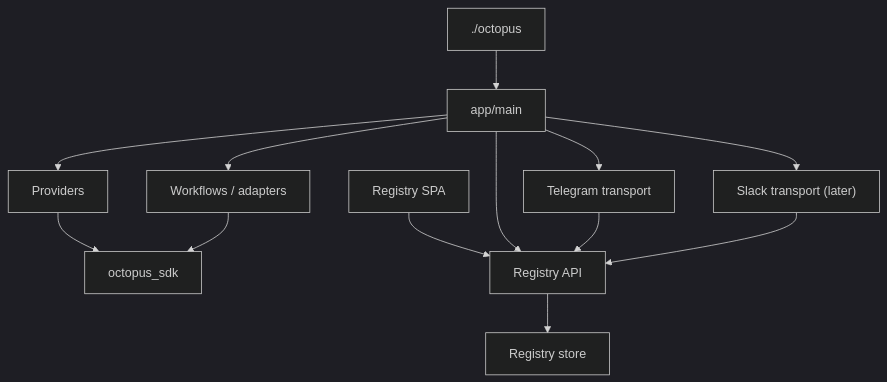
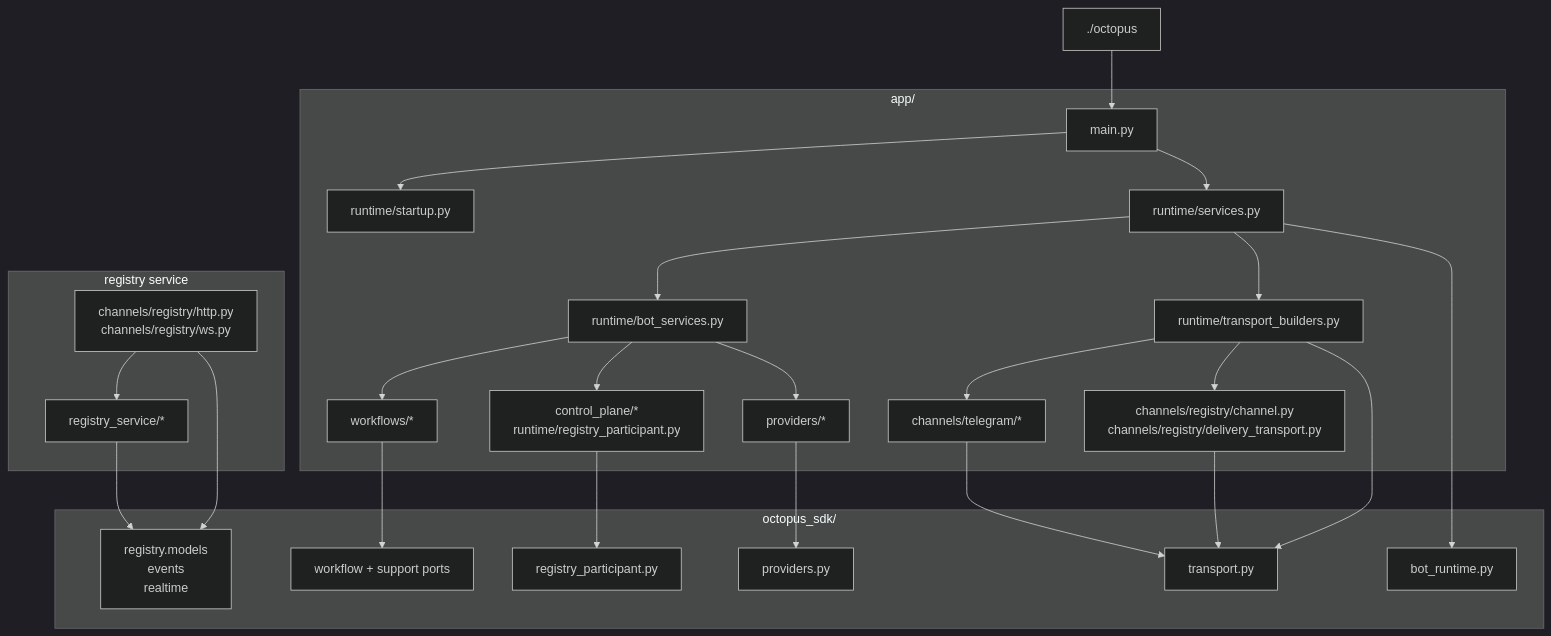
One commit to privacynow/octopus changed the second of 7 diagrams in ARCHITECTURE.md. Above: the diagram before and after it, drawn with Mermaid (dark theme). The commit also changed other lines of this file, not shown here.

````diff
--- a/ARCHITECTURE.md
+++ b/ARCHITECTURE.md
@@ -39,28 +41,52 @@
 ```mermaid
 flowchart TB
     CLI["./octopus"]
-    UI["Registry SPA"]
-    Main["app/main"]
-    Telegram["Telegram transport"]
-    Slack["Slack transport (later)"]
-    Providers["Providers"]
-    Workflows["Workflows / adapters"]
-    SDK["octopus_sdk"]
-    Api["Registry API"]
-    Store["Registry store"]
+
+    subgraph App["app/"]
+        Main["main.py"]
+        Startup["runtime/startup.py"]
+        Services["runtime/services.py"]
+        Builders["runtime/transport_builders.py"]
+        BotServices["runtime/bot_services.py"]
+        Telegram["channels/telegram/*"]
+        RegistryTransport["channels/registry/channel.py<br/>channels/registry/delivery_transport.py"]
+        Workflows["workflows/*"]
+        ControlPlane["control_plane/*<br/>runtime/registry_participant.py"]
+        Providers["providers/*"]
+    end
+
+    subgraph SDK["octopus_sdk/"]
+        Runtime["bot_runtime.py"]
+        Transport["transport.py"]
+        Participant["registry_participant.py"]
+        Models["registry.models<br/>events<br/>realtime"]
+        Ports["workflow + support ports"]
+        ProviderSdk["providers.py"]
+    end
+
+    subgraph Registry["registry service"]
+        Api["channels/registry/http.py<br/>channels/registry/ws.py"]
+        Store["registry_service/*"]
+    end
 
     CLI --> Main
-    UI --> Api
-    Main --> Api
+    Main --> Startup
+    Main --> Services
+    Services --> BotServices
+    Services --> Builders
+    Services --> Runtime
+    Builders --> Telegram
+    Builders --> RegistryTransport
+    Builders --> Transport
+    BotServices --> Workflows
+    BotServices --> ControlPlane
+    BotServices --> Providers
+    Workflows --> Ports
+    ControlPlane --> Participant
+    Providers --> ProviderSdk
+    Telegram --> Transport
+    RegistryTransport --> Transport
     Api --> Store
-
-    Main --> Telegram
-    Main --> Slack
-    Main --> Providers
-    Main --> Workflows
-
-    Telegram --> Api
-    Slack --> Api
-    Providers --> SDK
-    Workflows --> SDK
+    Api --> Models
+    Store --> Models
 ```
````
